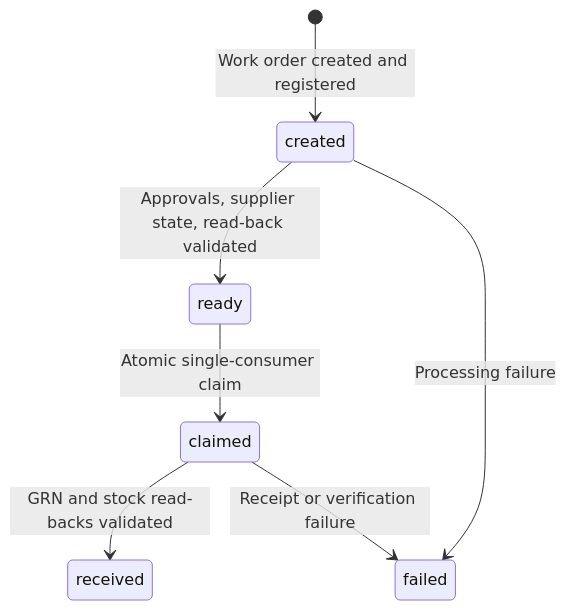
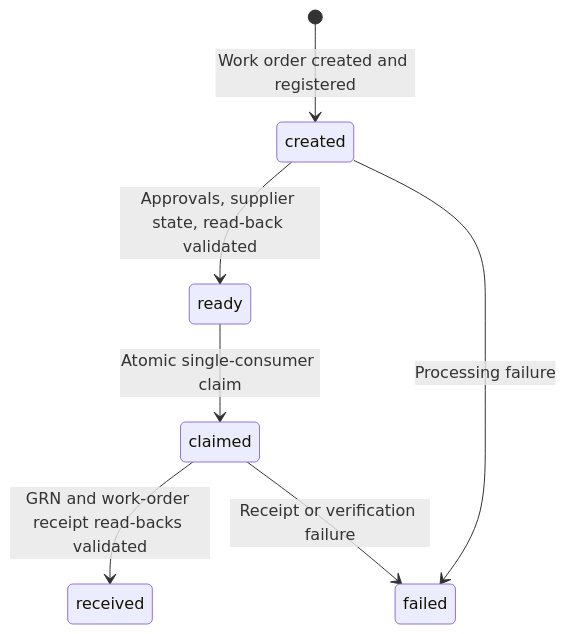
One commit to maisha-chowa-sazim/luminar-performance-testing changed the diagram in docs/role-based-load-testing.md. Above: the diagram before and after it, drawn with Mermaid. The commit also changed other lines of this file and 24 other files, not shown here.

````diff
--- a/docs/role-based-load-testing.md
+++ b/docs/role-based-load-testing.md
@@ -17,9 +19,9 @@
 ```mermaid
 stateDiagram-v2
     [*] --> created: Work order created and registered
     created --> ready: Approvals, supplier state, read-back validated
     ready --> claimed: Atomic single-consumer claim
-    claimed --> received: GRN and stock read-backs validated
+    claimed --> received: GRN and work-order receipt read-backs validated
     created --> failed: Processing failure
     claimed --> failed: Receipt or verification failure
 ```
````
